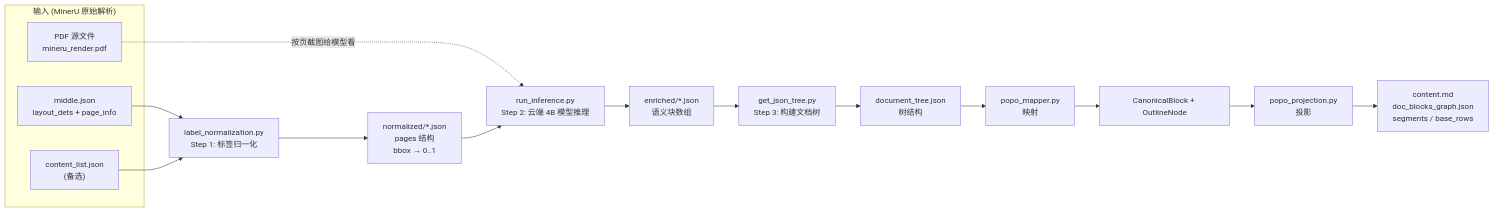
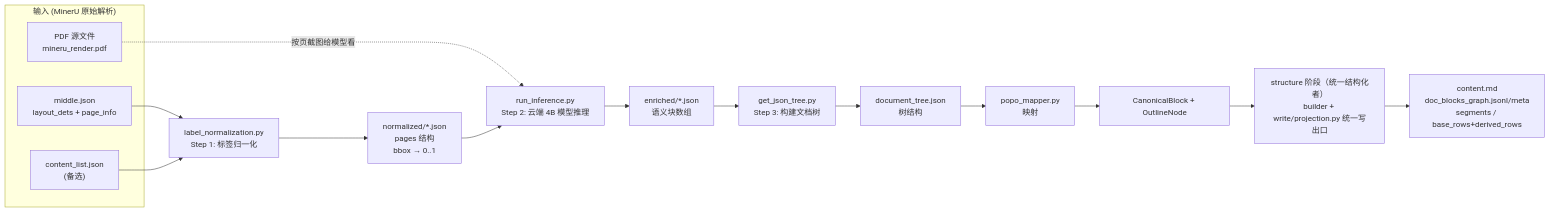
One commit to 0mao0/AnGIneer changed the first of 4 diagrams in docs/popo-pipeline.md. Above: the diagram before and after it, drawn with Mermaid. The commit also changed other lines of this file and 18 other files, not shown here.

````diff
--- a/docs/popo-pipeline.md
+++ b/docs/popo-pipeline.md
@@ -8,23 +8,23 @@
 ```mermaid
 flowchart LR
     subgraph INPUT["输入 (MinerU 原始解析)"]
         A1["middle.json<br/>layout_dets + page_info"]
         A2["content_list.json<br/>(备选)"]
         A3["PDF 源文件<br/>mineru_render.pdf"]
     end
 
     A1 --> B["label_normalization.py<br/>Step 1: 标签归一化"]
     A2 --> B
     A3 -.按页截图给模型看.-> D
 
     B --> C["normalized/*.json<br/>pages 结构<br/>bbox → 0..1"]
     C --> D["run_inference.py<br/>Step 2: 云端 4B 模型推理"]
     D --> E["enriched/*.json<br/>语义块数组"]
     E --> F["get_json_tree.py<br/>Step 3: 构建文档树"]
     F --> G["document_tree.json<br/>树结构"]
 
     G --> H["popo_mapper.py<br/>映射"]
     H --> I["CanonicalBlock + OutlineNode"]
-    I --> J["popo_projection.py<br/>投影"]
-    J --> K["content.md<br/>doc_blocks_graph.json<br/>segments / base_rows"]
+    I --> J["structure 阶段（统一结构化者）<br/>builder + write/projection.py 统一写出口"]
+    J --> K["content.md<br/>doc_blocks_graph.jsonl/meta<br/>segments / base_rows+derived_rows"]
 ```
````
